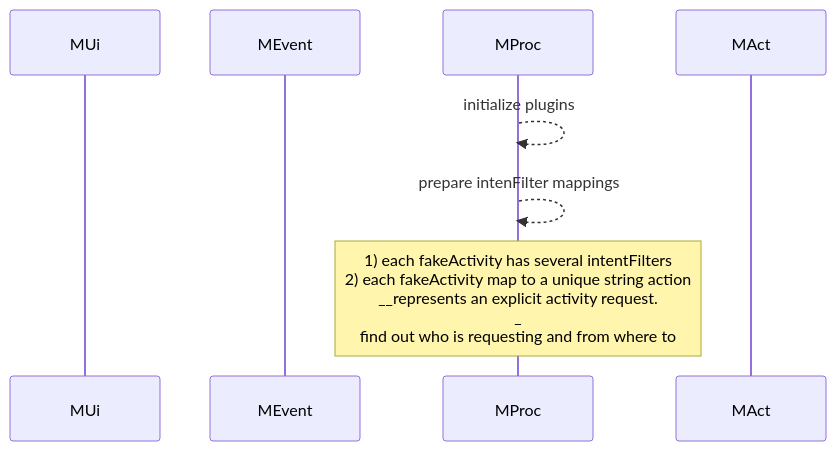
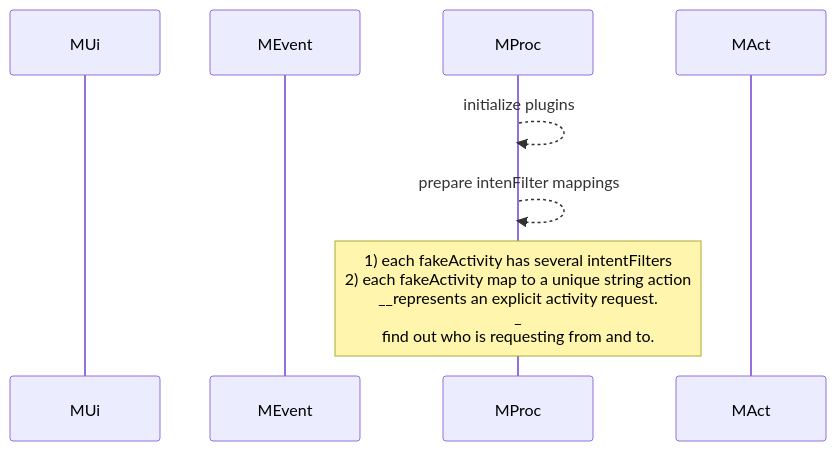
Before and after one commit to gordianknotC/nxp_note: the third of 6 diagrams in flutter/android_to_flutter.md, drawn with Mermaid. The commit also changed other lines of this file, not shown here.

````diff
--- a/flutter/android_to_flutter.md
+++ b/flutter/android_to_flutter.md
@@ -50,11 +50,11 @@
 ```mermaid
 sequenceDiagram
 participant MUi
 participant MEvent
 participant MProc
 participant MAct
 
 MProc-->>MProc: initialize plugins
 MProc-->>MProc: prepare intenFilter mappings
-Note over MProc: 1) each fakeActivity has several intentFilters<br>2) each fakeActivity map to a unique string action<br>__represents an explicit activity request.<br>_<br> find out who is requesting and from where to 
+Note over MProc: 1) each fakeActivity has several intentFilters<br>2) each fakeActivity map to a unique string action<br>__represents an explicit activity request.<br>_<br> find out who is requesting from and to.
 ```
````
